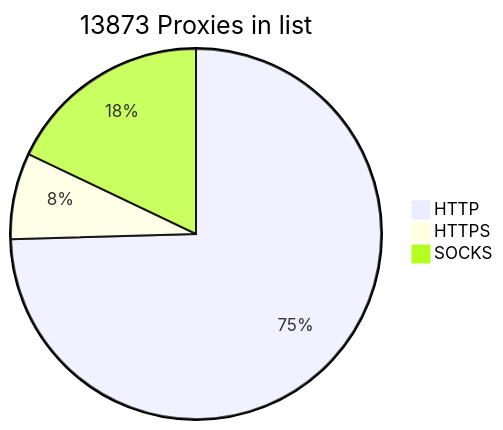
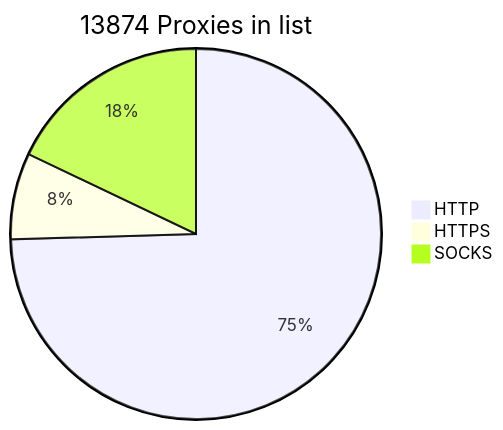
One commit to BlackSnowDot/proxylist-update-every-minute changed the diagram in README.md. Above: the diagram before and after it, drawn with Mermaid.

````diff
--- a/README.md
+++ b/README.md
@@ -2,6 +2,6 @@
 ```mermaid
-pie title 13873 Proxies in list
+pie title 13874 Proxies in list
     "HTTP" : 10536
     "HTTPS": 1066
-    "SOCKS" : 2532
+    "SOCKS" : 2533
 ```
````
